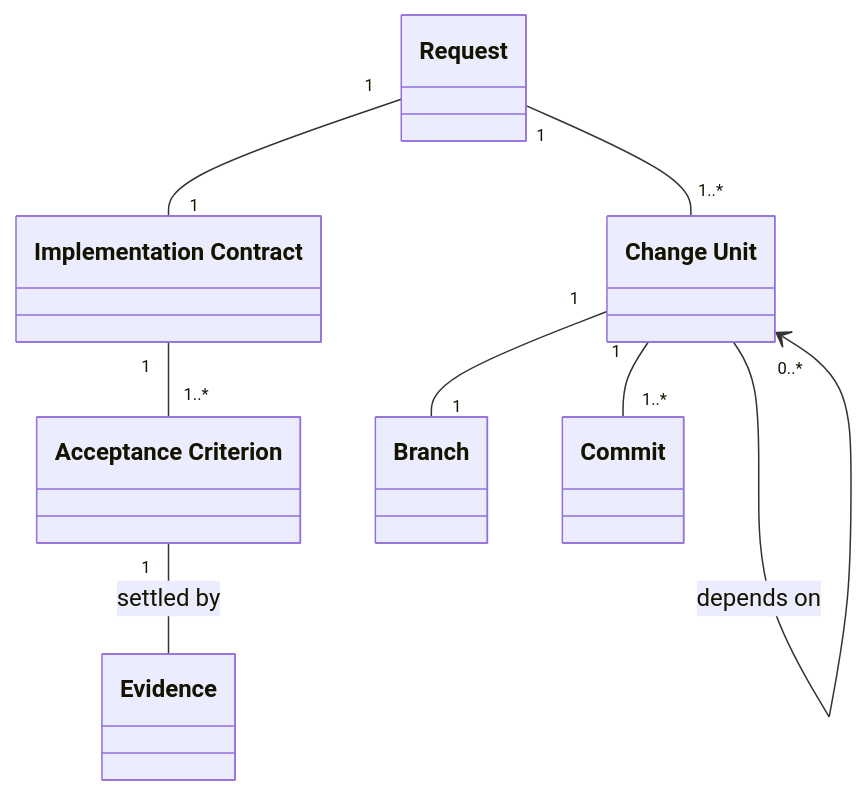
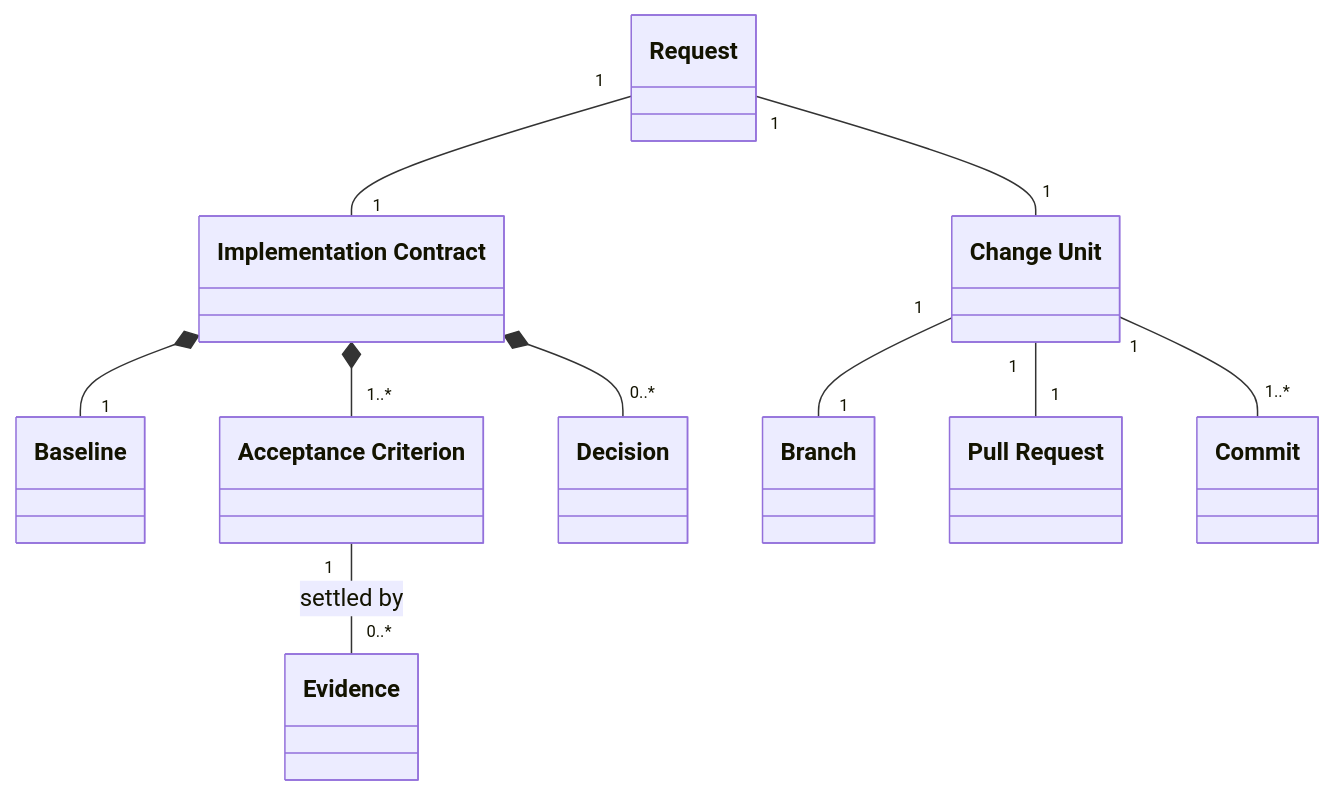
The first of 3 diagrams in docs/design/implement.md (maro114510/skills), drawn with Mermaid before and after one commit. The commit also changed other lines of this file, not shown here.

First line of the commit message:
docs(implement): retarget the Design Doc to one unit per Issue

````diff
--- a/docs/design/implement.md
+++ b/docs/design/implement.md
@@ -41,17 +43,20 @@
 ```mermaid
 classDiagram
     class Request
     class Contract["Implementation Contract"]
     class Criterion["Acceptance Criterion"]
     class Unit["Change Unit"]
     class Branch
+    class PullRequest["Pull Request"]
     class Commit
     class Evidence
     Request "1" -- "1" Contract
-    Contract "1" -- "1..*" Criterion
-    Request "1" -- "1..*" Unit
-    Unit --> "0..*" Unit : depends on
+    Contract *-- "1" Baseline
+    Contract *-- "1..*" Criterion
+    Contract *-- "0..*" Decision
+    Request "1" -- "1" Unit
     Unit "1" -- "1" Branch
+    Unit "1" -- "1" PullRequest
     Unit "1" -- "1..*" Commit
-    Criterion "1" -- Evidence : settled by
+    Criterion "1" -- "0..*" Evidence : settled by
 ```
````
